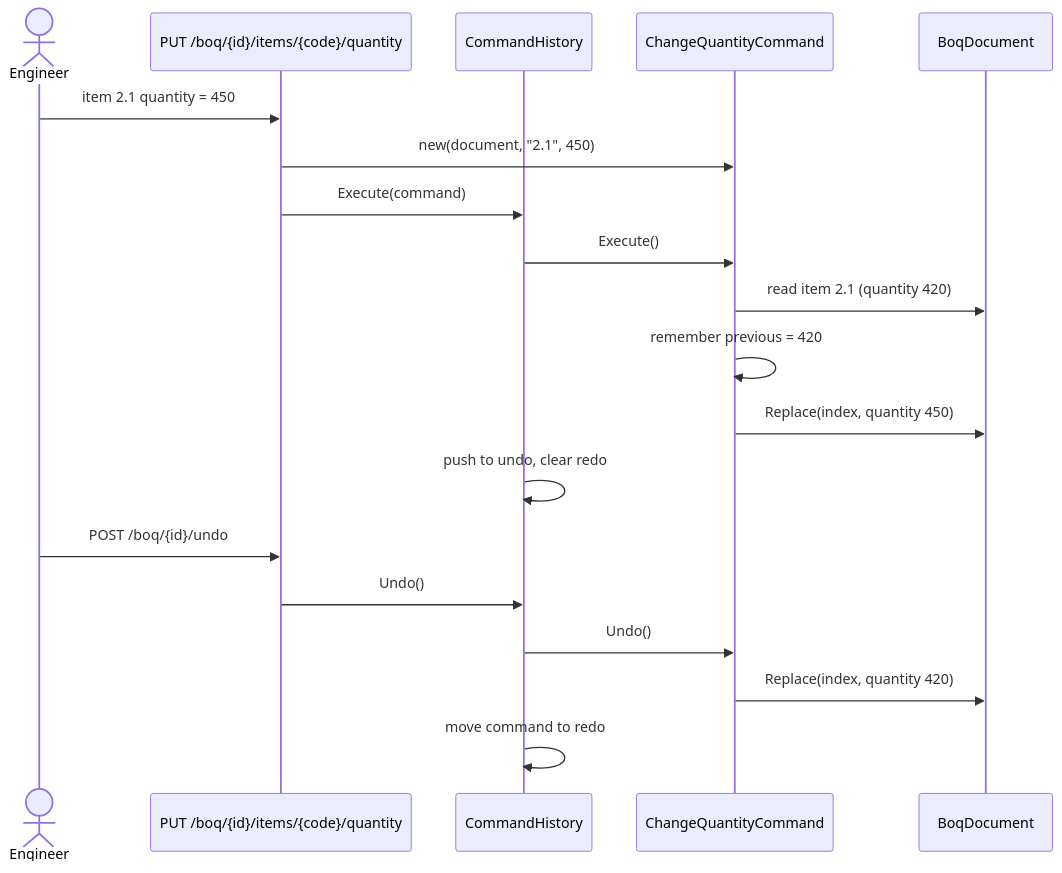
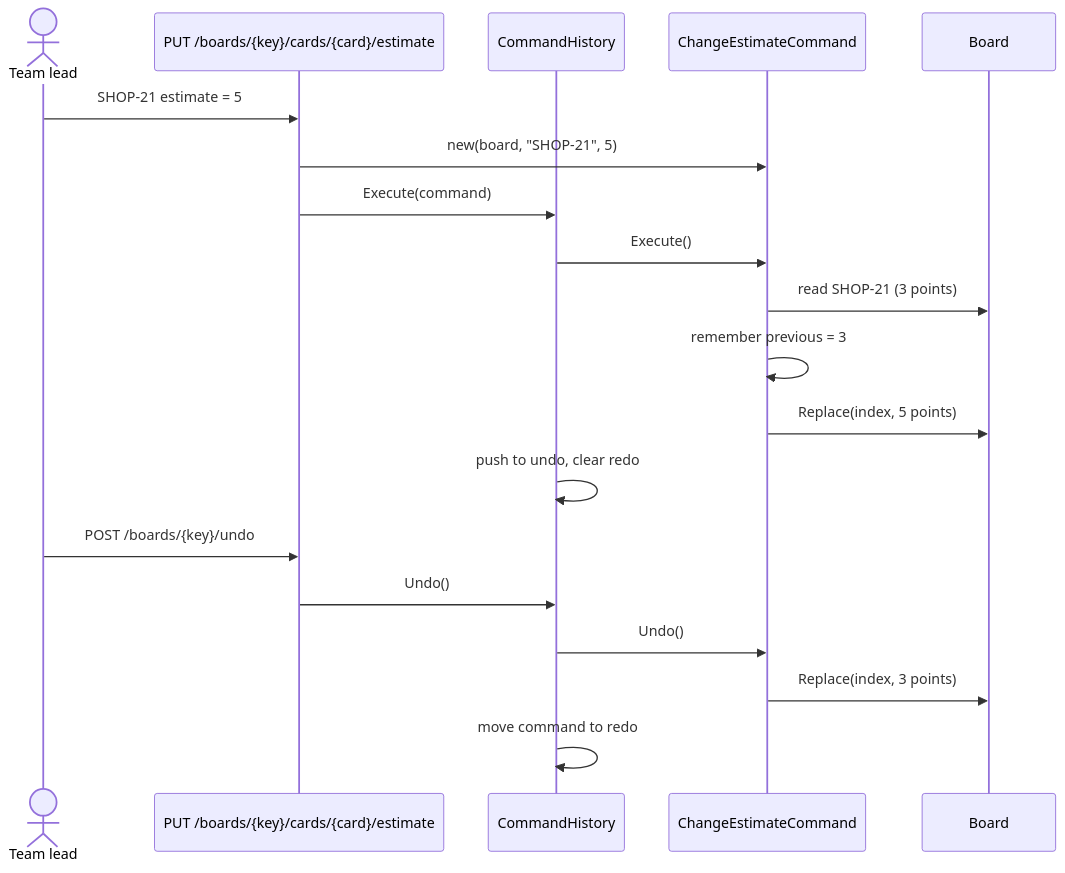
Before and after one commit to rizwi0786/system-design-lab: the second of 3 diagrams in content/lessons/m06/m06-command.md, drawn with Mermaid. The commit also changed other lines of this file and 334 other files, not shown here.

````diff
--- a/content/lessons/m06/m06-command.md
+++ b/content/lessons/m06/m06-command.md
@@ -184,21 +200,21 @@
 ```mermaid
 sequenceDiagram
-    actor Engineer
-    participant API as PUT /boq/{id}/items/{code}/quantity
+    actor Lead as Team lead
+    participant API as PUT /boards/{key}/cards/{card}/estimate
     participant H as CommandHistory
-    participant C as ChangeQuantityCommand
-    participant D as BoqDocument
-    Engineer->>API: item 2.1 quantity = 450
-    API->>C: new(document, "2.1", 450)
+    participant C as ChangeEstimateCommand
+    participant B as Board
+    Lead->>API: SHOP-21 estimate = 5
+    API->>C: new(board, "SHOP-21", 5)
     API->>H: Execute(command)
     H->>C: Execute()
-    C->>D: read item 2.1 (quantity 420)
-    C->>C: remember previous = 420
-    C->>D: Replace(index, quantity 450)
+    C->>B: read SHOP-21 (3 points)
+    C->>C: remember previous = 3
+    C->>B: Replace(index, 5 points)
     H->>H: push to undo, clear redo
-    Engineer->>API: POST /boq/{id}/undo
+    Lead->>API: POST /boards/{key}/undo
     API->>H: Undo()
     H->>C: Undo()
-    C->>D: Replace(index, quantity 420)
+    C->>B: Replace(index, 3 points)
     H->>H: move command to redo
 ```
````
